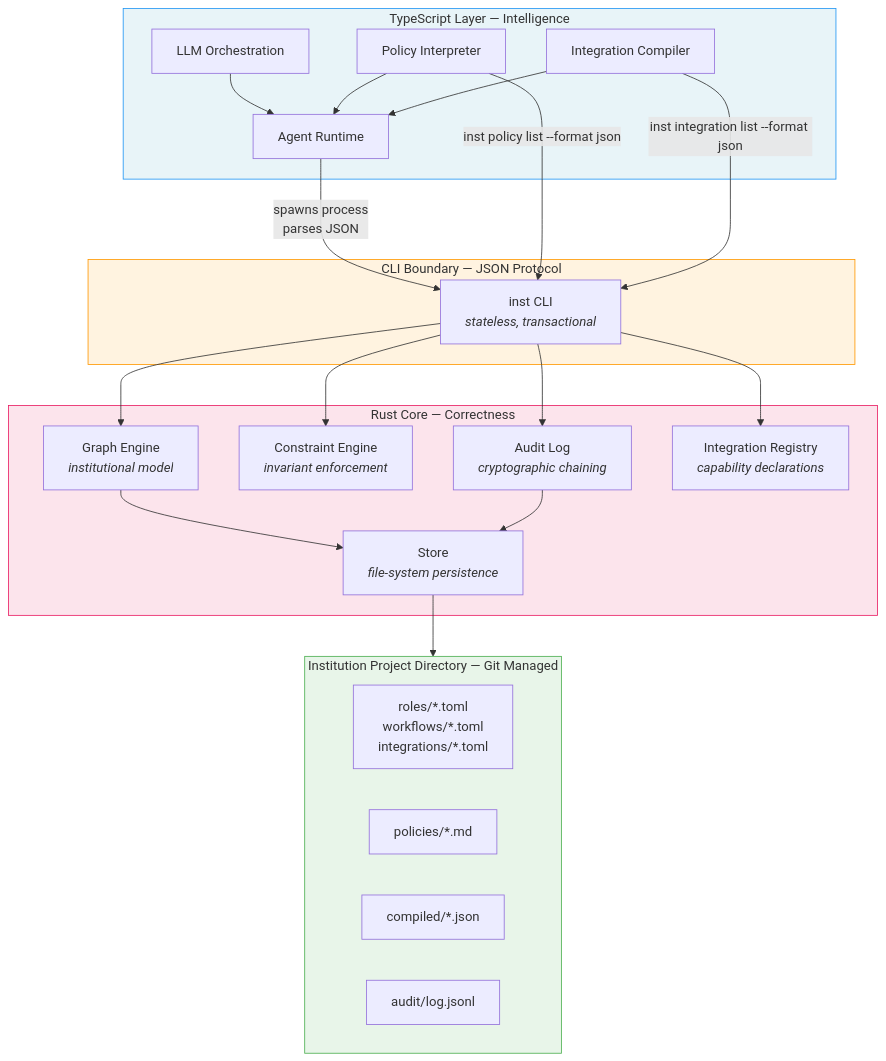
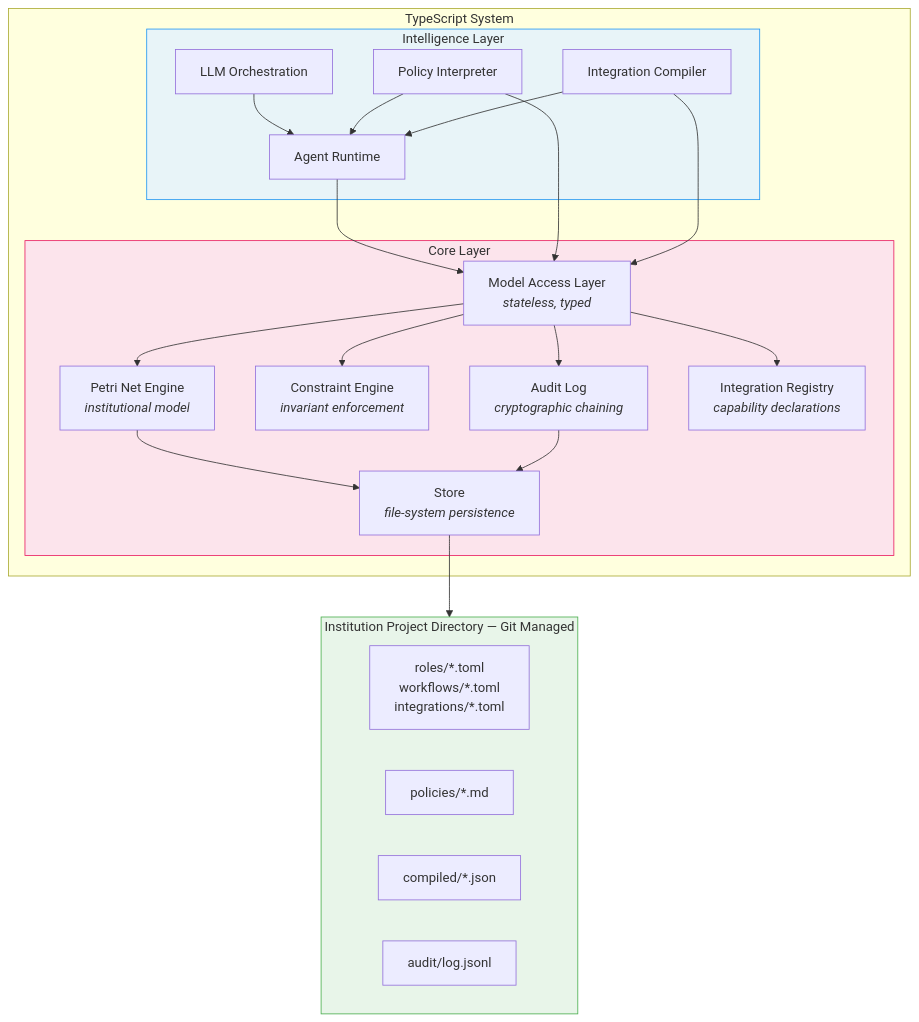
The first of 13 diagrams in architecture-diagrams.md (CyberHoward/cl-institute), drawn with Mermaid before and after one commit. The commit also changed other lines of this file and 101 other files, not shown here.

````diff
--- a/architecture-diagrams.md
+++ b/architecture-diagrams.md
@@ -11,50 +11,48 @@
 ```mermaid
 graph TB
-    subgraph ts["TypeScript Layer — Intelligence"]
-        orch["LLM Orchestration"]
-        pi["Policy Interpreter"]
-        ic["Integration Compiler"]
-        agent["Agent Runtime"]
+    subgraph ts["TypeScript System"]
+        subgraph intelligence["Intelligence Layer"]
+            orch["LLM Orchestration"]
+            pi["Policy Interpreter"]
+            ic["Integration Compiler"]
+            agent["Agent Runtime"]
 
-        orch --> agent
-        pi --> agent
-        ic --> agent
-    end
+            orch --> agent
+            pi --> agent
+            ic --> agent
+        end
 
-    subgraph boundary["CLI Boundary — JSON Protocol"]
-        cli["inst CLI<br/><i>stateless, transactional</i>"]
-    end
+        subgraph core["Core Layer"]
+            access["Model Access Layer<br/><i>stateless, typed</i>"]
+            graph_eng["Petri Net Engine<br/><i>institutional model</i>"]
+            constraint["Constraint Engine<br/><i>invariant enforcement</i>"]
+            audit["Audit Log<br/><i>cryptographic chaining</i>"]
+            registry["Integration Registry<br/><i>capability declarations</i>"]
+            store["Store<br/><i>file-system persistence</i>"]
 
-    agent -->|"spawns process<br/>parses JSON"| cli
-    pi -->|"inst policy list --format json"| cli
-    ic -->|"inst integration list --format json"| cli
+            access --> graph_eng
+            access --> constraint
+            access --> audit
+            access --> registry
+            graph_eng --> store
+            audit --> store
+        end
 
-    subgraph rust["Rust Core — Correctness"]
-        graph_eng["Graph Engine<br/><i>institutional model</i>"]
-        constraint["Constraint Engine<br/><i>invariant enforcement</i>"]
-        audit["Audit Log<br/><i>cryptographic chaining</i>"]
-        registry["Integration Registry<br/><i>capability declarations</i>"]
-        store["Store<br/><i>file-system persistence</i>"]
-
-        cli --> graph_eng
-        cli --> constraint
-        cli --> audit
-        cli --> registry
-        graph_eng --> store
-        audit --> store
+        agent --> access
+        pi --> access
+        ic --> access
     end
 
     subgraph fs["Institution Project Directory — Git Managed"]
         toml["roles/*.toml<br/>workflows/*.toml<br/>integrations/*.toml"]
         policies["policies/*.md"]
         compiled["compiled/*.json"]
         auditlog["audit/log.jsonl"]
     end
 
     store --> fs
 
-    style ts fill:#e8f4f8,stroke:#2196F3
-    style rust fill:#fce4ec,stroke:#e91e63
-    style boundary fill:#fff3e0,stroke:#ff9800
+    style intelligence fill:#e8f4f8,stroke:#2196F3
+    style core fill:#fce4ec,stroke:#e91e63
     style fs fill:#e8f5e9,stroke:#4caf50
 ```
````
